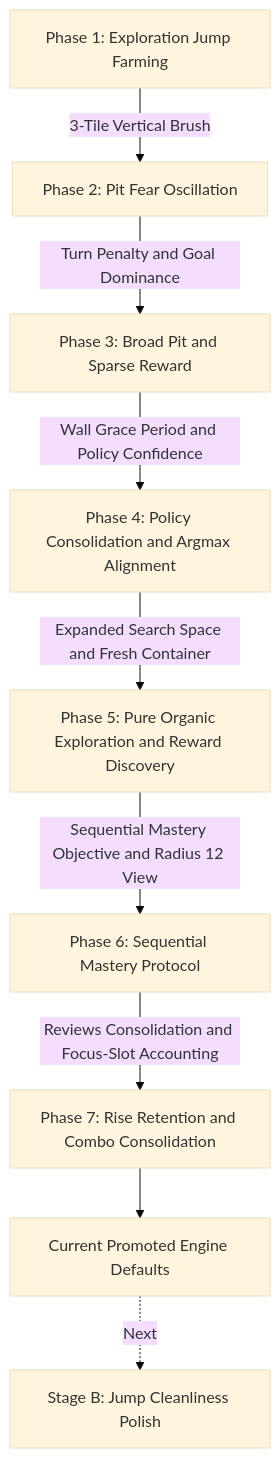
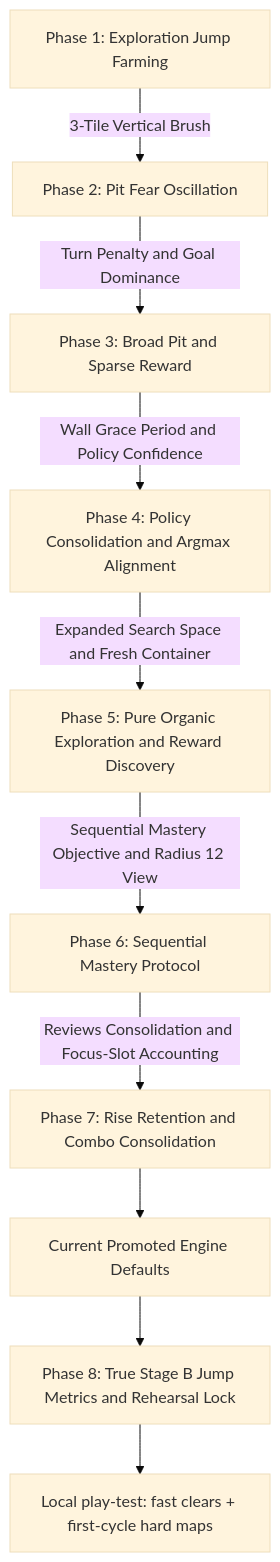
The diagram in docs/src/engineering/fine_tuning_history.md (dante-ferr/ai-delver), drawn with Mermaid (base theme) before and after one commit. The commit also changed other lines of this file and 34 other files, not shown here.

First line of the commit message:
feat(intelligence): Stage B lock, jump anneal, and learning docs

````diff
--- a/docs/src/engineering/fine_tuning_history.md
+++ b/docs/src/engineering/fine_tuning_history.md
@@ -9,11 +11,12 @@
 ```mermaid
 flowchart TD
     P1[Phase 1: Exploration Jump Farming] -->|3-Tile Vertical Brush| P2[Phase 2: Pit Fear Oscillation]
     P2 -->|Turn Penalty and Goal Dominance| P3[Phase 3: Broad Pit and Sparse Reward]
     P3 -->|Wall Grace Period and Policy Confidence| P4[Phase 4: Policy Consolidation and Argmax Alignment]
     P4 -->|Expanded Search Space and Fresh Container| P5[Phase 5: Pure Organic Exploration and Reward Discovery]
     P5 -->|Sequential Mastery Objective and Radius 12 View| P6[Phase 6: Sequential Mastery Protocol]
     P6 -->|Reviews Consolidation and Focus-Slot Accounting| P7[Phase 7: Rise Retention and Combo Consolidation]
     P7 --> Promoted[Current Promoted Engine Defaults]
-    Promoted -.->|Next| P8[Stage B: Jump Cleanliness Polish]
+    Promoted --> P8[Phase 8: True Stage B Jump Metrics and Rehearsal Lock]
+    P8 --> Validated[Local play-test: fast clears + first-cycle hard maps]
 ```
````
